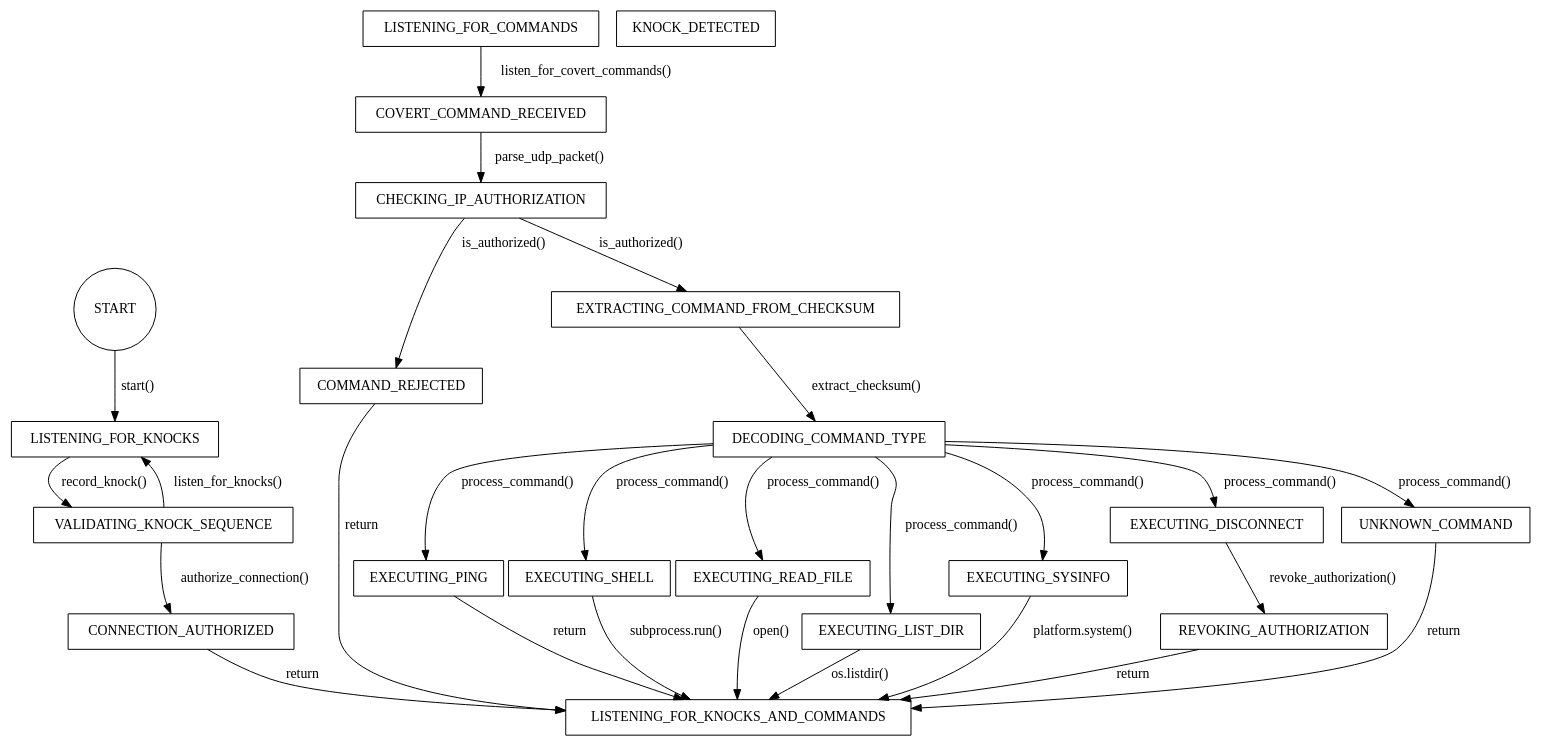
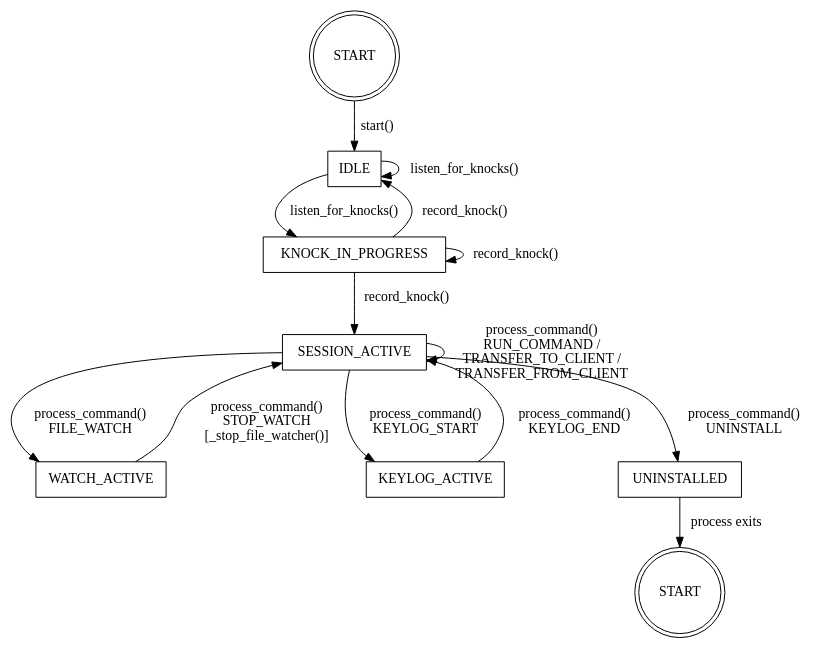
Before and after one commit to cnryng/comp8505_project-1: the diagram in fsms/client.gv, drawn with Graphviz. The commit also changed 2 other files, not shown here.

```diff
--- a/fsms/client.gv
+++ b/fsms/client.gv
@@ -1,50 +1,34 @@
-digraph Client {
-    node [shape=box];
+digraph client_fsm {
+    node [shape=box]
 
-    START [shape=circle];
-    LISTENING_FOR_KNOCKS;
-    KNOCK_DETECTED;
-    VALIDATING_KNOCK_SEQUENCE;
-    COVERT_COMMAND_RECEIVED;
-    CHECKING_IP_AUTHORIZATION;
-    COMMAND_REJECTED;
-    EXTRACTING_COMMAND_FROM_CHECKSUM;
-    DECODING_COMMAND_TYPE;
-    EXECUTING_PING;
-    EXECUTING_SHELL;
-    EXECUTING_READ_FILE;
-    EXECUTING_LIST_DIR;
-    EXECUTING_SYSINFO;
-    EXECUTING_DISCONNECT;
-    REVOKING_AUTHORIZATION;
-    UNKNOWN_COMMAND;
+    // Start pseudo-state
+    START [label="START" shape=doublecircle]
+    END [label="START" shape=doublecircle]
 
-    START -> LISTENING_FOR_KNOCKS [label="start()"];
 
-    LISTENING_FOR_KNOCKS -> VALIDATING_KNOCK_SEQUENCE [label="record_knock()"];
-    VALIDATING_KNOCK_SEQUENCE -> CONNECTION_AUTHORIZED [label="authorize_connection()"];
-    VALIDATING_KNOCK_SEQUENCE -> LISTENING_FOR_KNOCKS [label="listen_for_knocks()"];
-    CONNECTION_AUTHORIZED -> LISTENING_FOR_KNOCKS_AND_COMMANDS [label="return"];
+    // ── Boot ──────────────────────────────────────────────────────────────────
+    START              -> IDLE               [label="start()"]
 
-    LISTENING_FOR_COMMANDS -> COVERT_COMMAND_RECEIVED [label="listen_for_covert_commands()"];
-    COVERT_COMMAND_RECEIVED -> CHECKING_IP_AUTHORIZATION [label="parse_udp_packet()"];
-    CHECKING_IP_AUTHORIZATION -> COMMAND_REJECTED [label="is_authorized()"];
-    CHECKING_IP_AUTHORIZATION -> EXTRACTING_COMMAND_FROM_CHECKSUM [label="is_authorized()"];
-    COMMAND_REJECTED -> LISTENING_FOR_KNOCKS_AND_COMMANDS [label="return"];
-    EXTRACTING_COMMAND_FROM_CHECKSUM -> DECODING_COMMAND_TYPE [label="extract_checksum()"];
-    DECODING_COMMAND_TYPE -> EXECUTING_PING [label="process_command()"];
-    DECODING_COMMAND_TYPE -> EXECUTING_SHELL [label="process_command()"];
-    DECODING_COMMAND_TYPE -> EXECUTING_READ_FILE [label="process_command()"];
-    DECODING_COMMAND_TYPE -> EXECUTING_LIST_DIR [label="process_command()"];
-    DECODING_COMMAND_TYPE -> EXECUTING_SYSINFO [label="process_command()"];
-    DECODING_COMMAND_TYPE -> EXECUTING_DISCONNECT [label="process_command()"];
-    DECODING_COMMAND_TYPE -> UNKNOWN_COMMAND [label="process_command()"];
-    EXECUTING_PING -> LISTENING_FOR_KNOCKS_AND_COMMANDS [label="return"];
-    EXECUTING_SHELL -> LISTENING_FOR_KNOCKS_AND_COMMANDS [label="subprocess.run()"];
-    EXECUTING_READ_FILE -> LISTENING_FOR_KNOCKS_AND_COMMANDS [label="open()"];
-    EXECUTING_LIST_DIR -> LISTENING_FOR_KNOCKS_AND_COMMANDS [label="os.listdir()"];
-    EXECUTING_SYSINFO -> LISTENING_FOR_KNOCKS_AND_COMMANDS [label="platform.system()"];
-    EXECUTING_DISCONNECT -> REVOKING_AUTHORIZATION [label="revoke_authorization()"];
-    UNKNOWN_COMMAND -> LISTENING_FOR_KNOCKS_AND_COMMANDS [label="return"];
-    REVOKING_AUTHORIZATION -> LISTENING_FOR_KNOCKS_AND_COMMANDS [label="return"];
+    // ── Port-knock gating ─────────────────────────────────────────────────────
+    IDLE               -> IDLE               [label="listen_for_knocks()"]
+    IDLE               -> KNOCK_IN_PROGRESS  [label="listen_for_knocks()"]
+    KNOCK_IN_PROGRESS  -> KNOCK_IN_PROGRESS  [label="record_knock()"]
+    KNOCK_IN_PROGRESS  -> IDLE               [label="record_knock()"]
+    KNOCK_IN_PROGRESS  -> SESSION_ACTIVE     [label="record_knock()"]
+
+    // ── In-session commands (self-loop) ───────────────────────────────────────
+    SESSION_ACTIVE     -> SESSION_ACTIVE     [label="process_command()\nRUN_COMMAND /\nTRANSFER_TO_CLIENT /\nTRANSFER_FROM_CLIENT"]
+
+    // ── Watch sub-state ───────────────────────────────────────────────────────
+    SESSION_ACTIVE     -> WATCH_ACTIVE       [label="process_command()\nFILE_WATCH"]
+    WATCH_ACTIVE       -> SESSION_ACTIVE     [label="process_command()\nSTOP_WATCH\n[_stop_file_watcher()]"]
+
+    // ── Keylog sub-state ──────────────────────────────────────────────────────
+    SESSION_ACTIVE     -> KEYLOG_ACTIVE      [label="process_command()\nKEYLOG_START"]
+    KEYLOG_ACTIVE      -> SESSION_ACTIVE     [label="process_command()\nKEYLOG_END"]
+
+    // ── Session teardown ──────────────────────────────────────────────────────
+    SESSION_ACTIVE     -> UNINSTALLED        [label="process_command()\nUNINSTALL"]
+    UNINSTALLED        -> END               [label="process exits"]
+
 }
```
